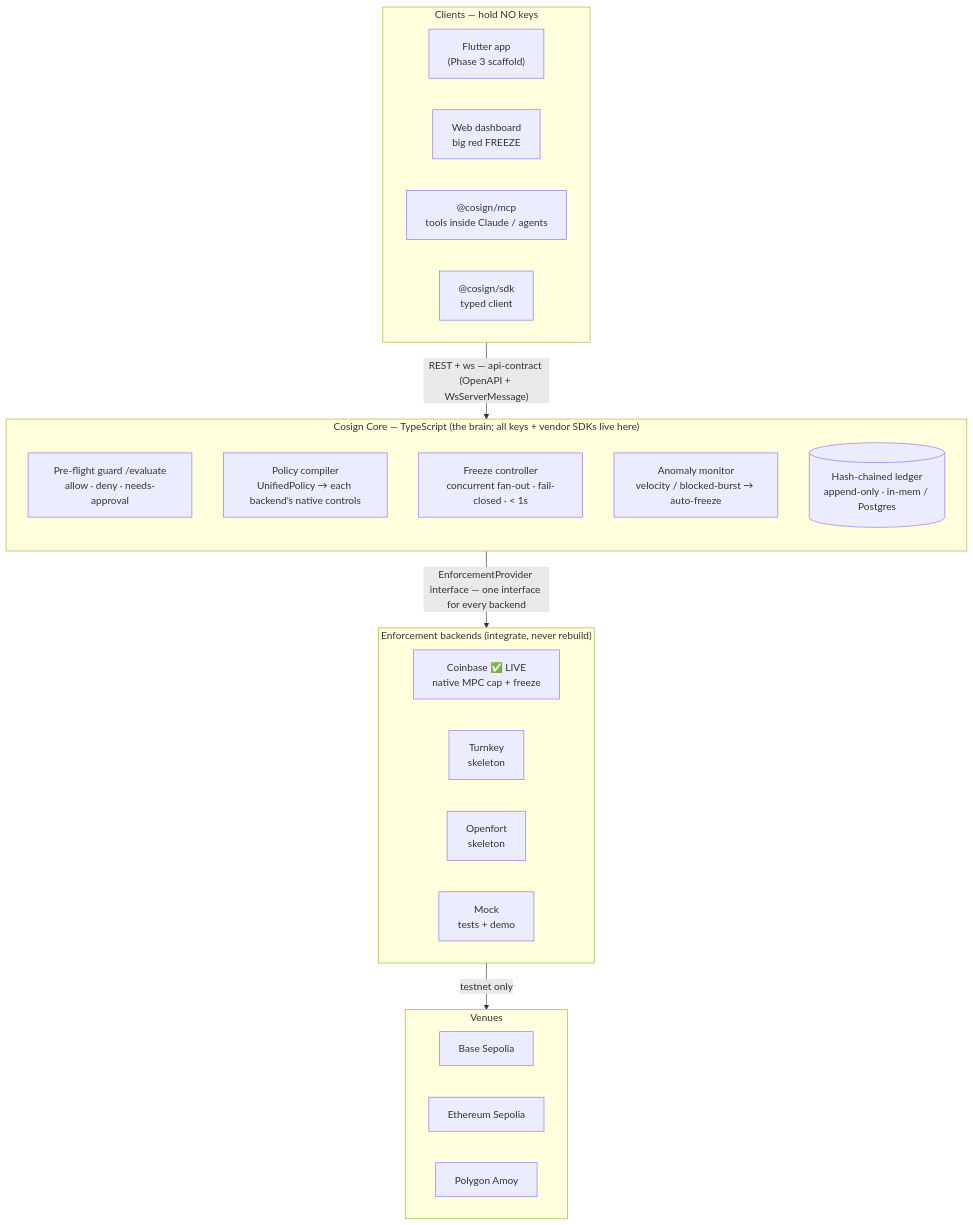
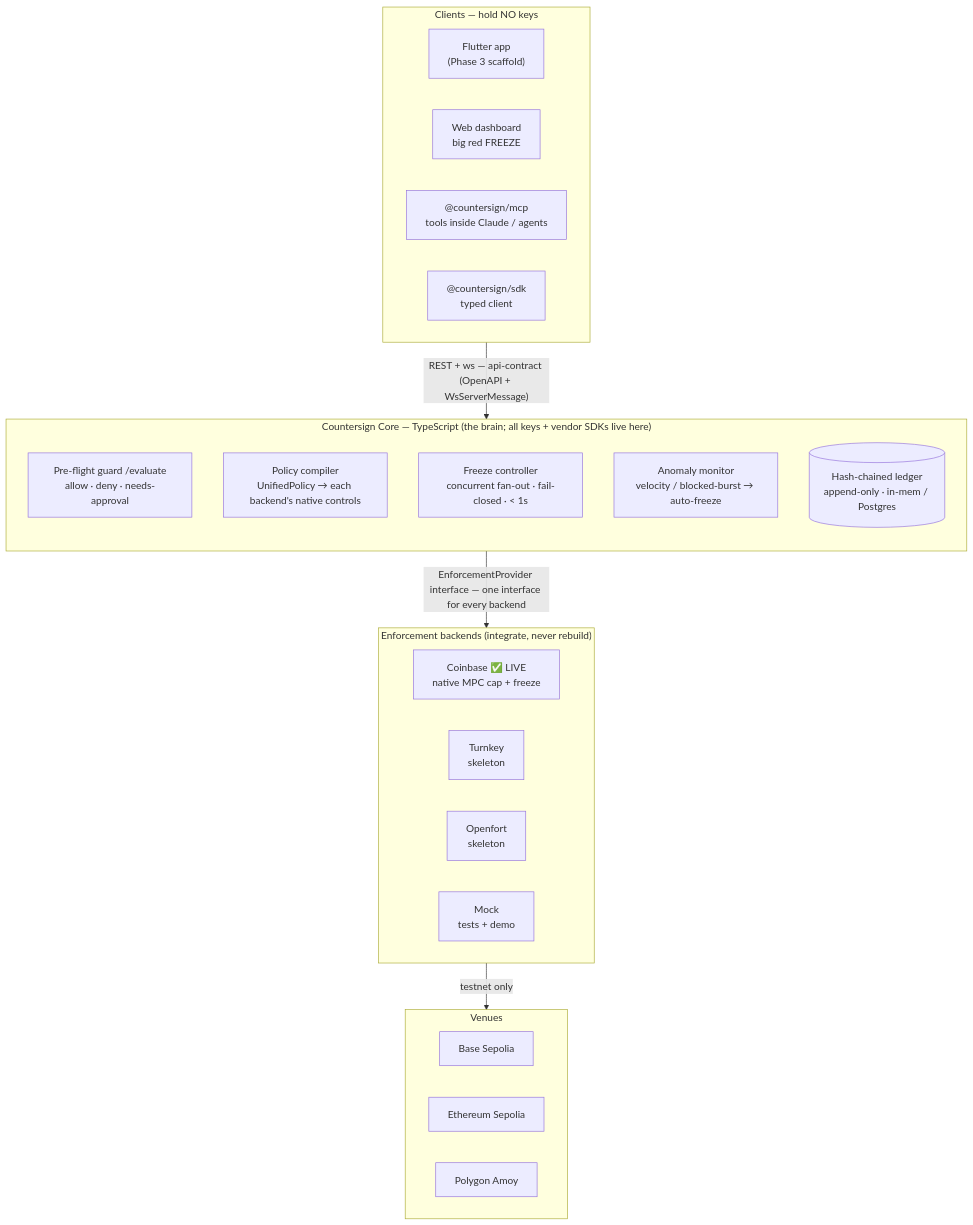
Before and after one commit to countersign-network/packages: the first of 3 diagrams in docs/architecture.md, drawn with Mermaid. The commit also changed other lines of this file and 95 other files, not shown here.

First line of the commit message:
Rebrand: cosign → countersign (packages, env, infra, docs)

````diff
--- a/docs/architecture.md
+++ b/docs/architecture.md
@@ -10,40 +10,40 @@
 ```mermaid
 flowchart TB
   subgraph CLIENTS["Clients — hold NO keys"]
     direction LR
     FL["Flutter app<br/>(Phase 3 scaffold)"]
     DASH["Web dashboard<br/>big red FREEZE"]
-    MCP["@cosign/mcp<br/>tools inside Claude / agents"]
-    SDK["@cosign/sdk<br/>typed client"]
+    MCP["@countersign/mcp<br/>tools inside Claude / agents"]
+    SDK["@countersign/sdk<br/>typed client"]
   end
 
   CLIENTS -->|"REST + ws — api-contract (OpenAPI + WsServerMessage)"| CORE
 
-  subgraph CORE["Cosign Core — TypeScript (the brain; all keys + vendor SDKs live here)"]
+  subgraph CORE["Countersign Core — TypeScript (the brain; all keys + vendor SDKs live here)"]
     direction TB
     GUARD["Pre-flight guard /evaluate<br/>allow · deny · needs-approval"]
     COMPILER["Policy compiler<br/>UnifiedPolicy → each backend's native controls"]
     FREEZE["Freeze controller<br/>concurrent fan-out · fail-closed · &lt; 1s"]
     ANOM["Anomaly monitor<br/>velocity / blocked-burst → auto-freeze"]
     LEDGER[("Hash-chained ledger<br/>append-only · in-mem / Postgres")]
   end
 
   CORE -->|"EnforcementProvider interface — one interface for every backend"| BACKENDS
 
   subgraph BACKENDS["Enforcement backends (integrate, never rebuild)"]
     direction LR
     CB["Coinbase ✅ LIVE<br/>native MPC cap + freeze"]
     TK["Turnkey<br/>skeleton"]
     OF["Openfort<br/>skeleton"]
     MK["Mock<br/>tests + demo"]
   end
 
   BACKENDS -->|"testnet only"| VENUES
 
   subgraph VENUES["Venues"]
     direction LR
     V1["Base Sepolia"]
     V2["Ethereum Sepolia"]
     V3["Polygon Amoy"]
   end
 ```
````
